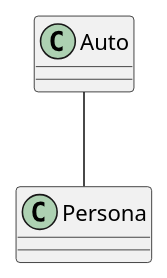
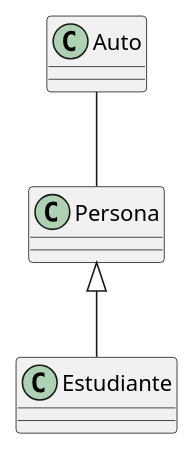
The diagram in doc/diagram.plantuml (TheSProyect/IS-Prueba), drawn with PlantUML before and after one commit.

Commit message:
Cambio al Diagrama

```diff
--- a/doc/diagram.plantuml
+++ b/doc/diagram.plantuml
@@ -1,6 +1,8 @@
 @startuml
 class Persona
 class Auto
+class Estudiante
 
 Auto -- Persona
+Persona <|-- Estudiante
 @enduml
```
